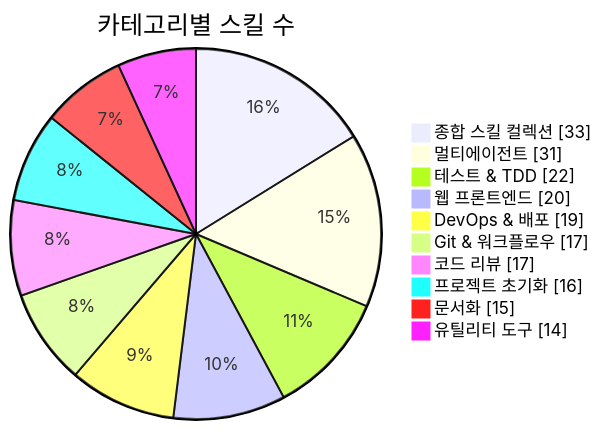
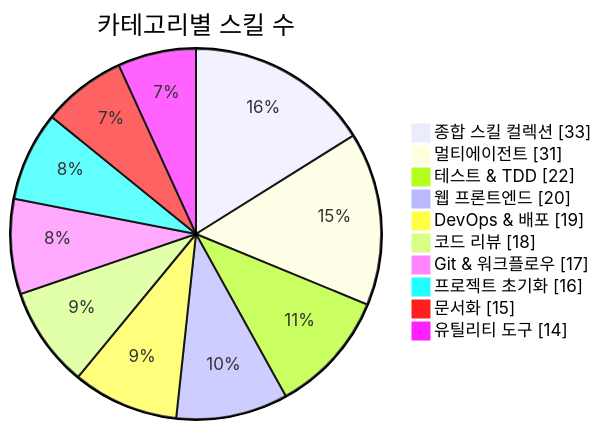
One commit to J-nowcow/awesome-korean-agent-skills changed the first of 3 diagrams in README.md. Above: the diagram before and after it, drawn with Mermaid. The commit also changed other lines of this file and 5 other files, not shown here.

````diff
--- a/README.md
+++ b/README.md
@@ -176,14 +176,14 @@
 ```mermaid
 pie showData
     title 카테고리별 스킬 수
     "종합 스킬 컬렉션" : 33
     "멀티에이전트" : 31
     "테스트 & TDD" : 22
     "웹 프론트엔드" : 20
     "DevOps & 배포" : 19
+    "코드 리뷰" : 18
     "Git & 워크플로우" : 17
-    "코드 리뷰" : 17
     "프로젝트 초기화" : 16
     "문서화" : 15
     "유틸리티 도구" : 14
 ```
````
